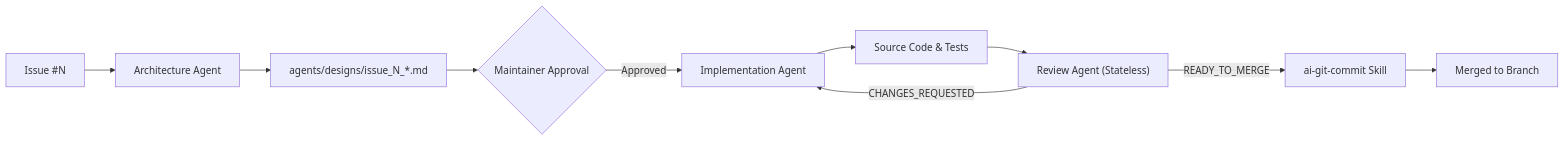
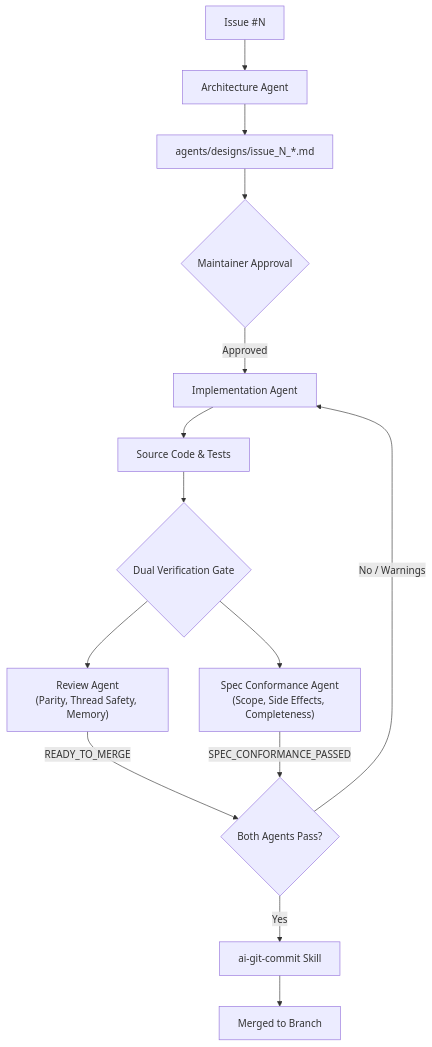
The diagram in AGENTS.md (KingAlejandro/MotionCorr-standalone), drawn with Mermaid before and after one commit. The commit also changed other lines of this file and 4 other files, not shown here.

First line of the commit message:
feat(agents): add specification & scope conformance agent

````diff
--- a/AGENTS.md
+++ b/AGENTS.md
@@ -35,12 +41,16 @@
 ```mermaid
-flowchart LR
+flowchart TD
     Issue["Issue #N"] --> Arch["Architecture Agent"]
     Arch --> Spec["agents/designs/issue_N_*.md"]
     Spec --> User{"Maintainer Approval"}
     User -->|Approved| Impl["Implementation Agent"]
     Impl --> Code["Source Code & Tests"]
-    Code --> Rev["Review Agent (Stateless)"]
-    Rev -->|READY_TO_MERGE| Commit["ai-git-commit Skill"]
-    Rev -->|CHANGES_REQUESTED| Impl
+    Code --> DualAudit{"Dual Verification Gate"}
+    DualAudit --> Rev["Review Agent<br/>(Parity, Thread Safety, Memory)"]
+    DualAudit --> SpecAgent["Spec Conformance Agent<br/>(Scope, Side Effects, Completeness)"]
+    Rev -->|READY_TO_MERGE| GateCheck{"Both Agents Pass?"}
+    SpecAgent -->|SPEC_CONFORMANCE_PASSED| GateCheck
+    GateCheck -->|Yes| Commit["ai-git-commit Skill"]
+    GateCheck -->|No / Warnings| Impl
     Commit --> Merged["Merged to Branch"]
 ```
````
